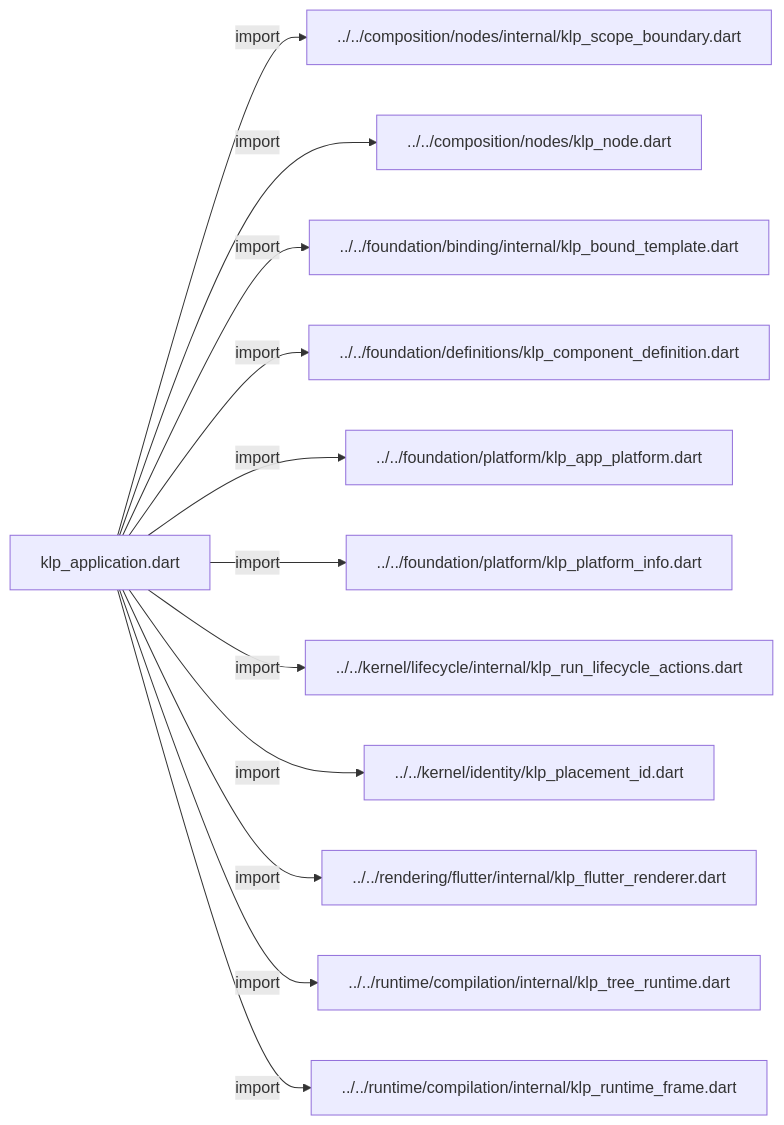
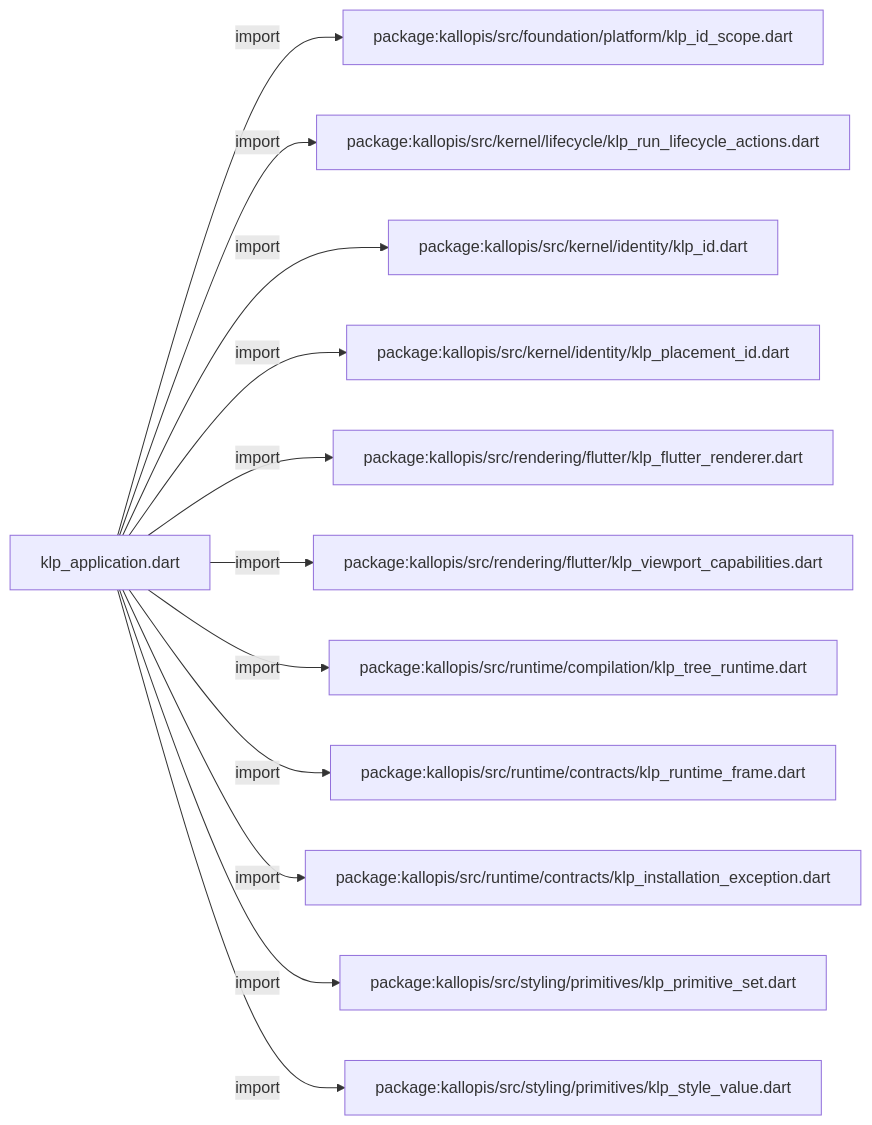
The fourth of 7 diagrams in docs/architecture/src/application/structure/klp_application.md (MiuDog/Kallopis), drawn with Mermaid before and after one commit. The commit also changed other lines of this file and 9688 other files, not shown here.

Commit message:
Prepare isolated Flow F2 peer baseline

````diff
--- a/docs/architecture/src/application/structure/klp_application.md
+++ b/docs/architecture/src/application/structure/klp_application.md
@@ -65,26 +92,26 @@
 ```mermaid
 flowchart LR
 	n0["klp_application.dart"]
-	n1["../../composition/nodes/internal/klp_scope_boundary.dart"]
-	n2["../../composition/nodes/klp_node.dart"]
-	n3["../../foundation/binding/internal/klp_bound_template.dart"]
-	n4["../../foundation/definitions/klp_component_definition.dart"]
-	n5["../../foundation/platform/klp_app_platform.dart"]
-	n6["../../foundation/platform/klp_platform_info.dart"]
-	n7["../../kernel/lifecycle/internal/klp_run_lifecycle_actions.dart"]
-	n8["../../kernel/identity/klp_placement_id.dart"]
-	n9["../../rendering/flutter/internal/klp_flutter_renderer.dart"]
-	n10["../../runtime/compilation/internal/klp_tree_runtime.dart"]
-	n11["../../runtime/compilation/internal/klp_runtime_frame.dart"]
+	n1["package:kallopis/src/foundation/platform/klp_id_scope.dart"]
+	n2["package:kallopis/src/kernel/lifecycle/klp_run_lifecycle_actions.dart"]
+	n3["package:kallopis/src/kernel/identity/klp_id.dart"]
+	n4["package:kallopis/src/kernel/identity/klp_placement_id.dart"]
+	n5["package:kallopis/src/rendering/flutter/klp_flutter_renderer.dart"]
+	n6["package:kallopis/src/rendering/flutter/klp_viewport_capabilities.dart"]
+	n7["package:kallopis/src/runtime/compilation/klp_tree_runtime.dart"]
+	n8["package:kallopis/src/runtime/contracts/klp_runtime_frame.dart"]
+	n9["package:kallopis/src/runtime/contracts/klp_installation_exception.dart"]
+	n10["package:kallopis/src/styling/primitives/klp_primitive_set.dart"]
+	n11["package:kallopis/src/styling/primitives/klp_style_value.dart"]
 	n0 -->|"import"| n1
 	n0 -->|"import"| n2
 	n0 -->|"import"| n3
 	n0 -->|"import"| n4
 	n0 -->|"import"| n5
 	n0 -->|"import"| n6
 	n0 -->|"import"| n7
 	n0 -->|"import"| n8
 	n0 -->|"import"| n9
 	n0 -->|"import"| n10
 	n0 -->|"import"| n11
 ```
````
